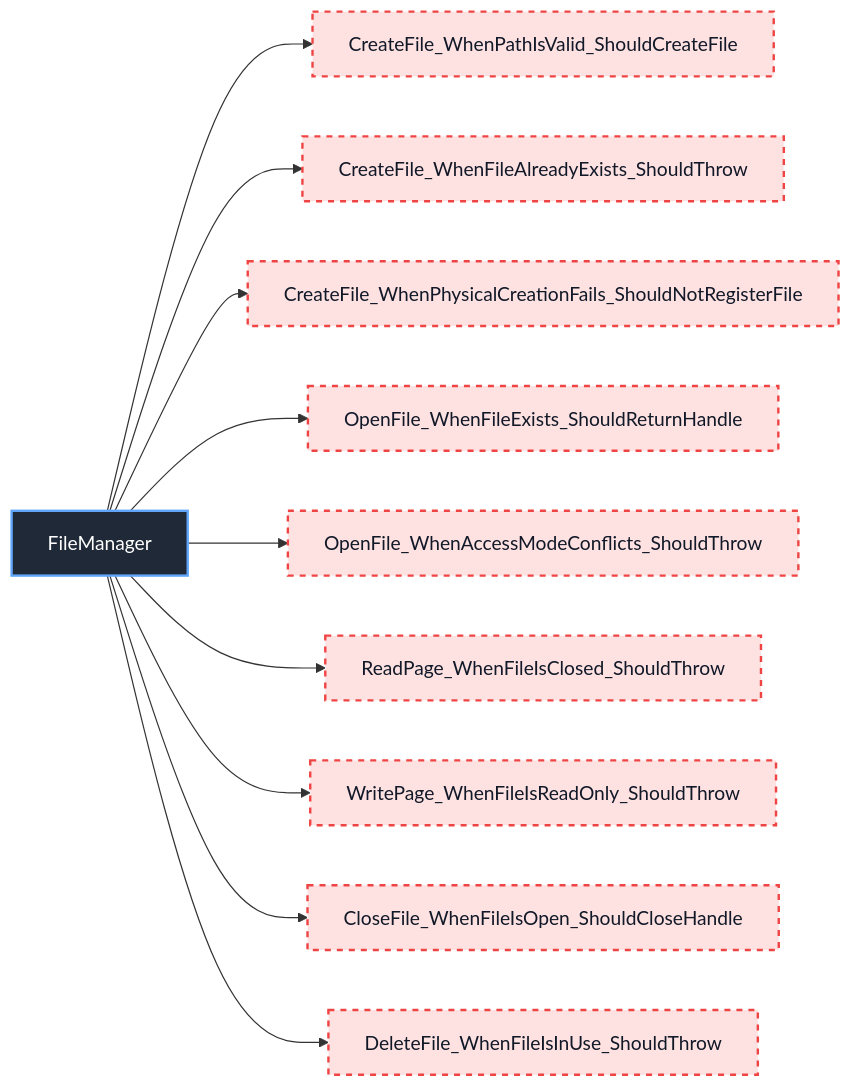
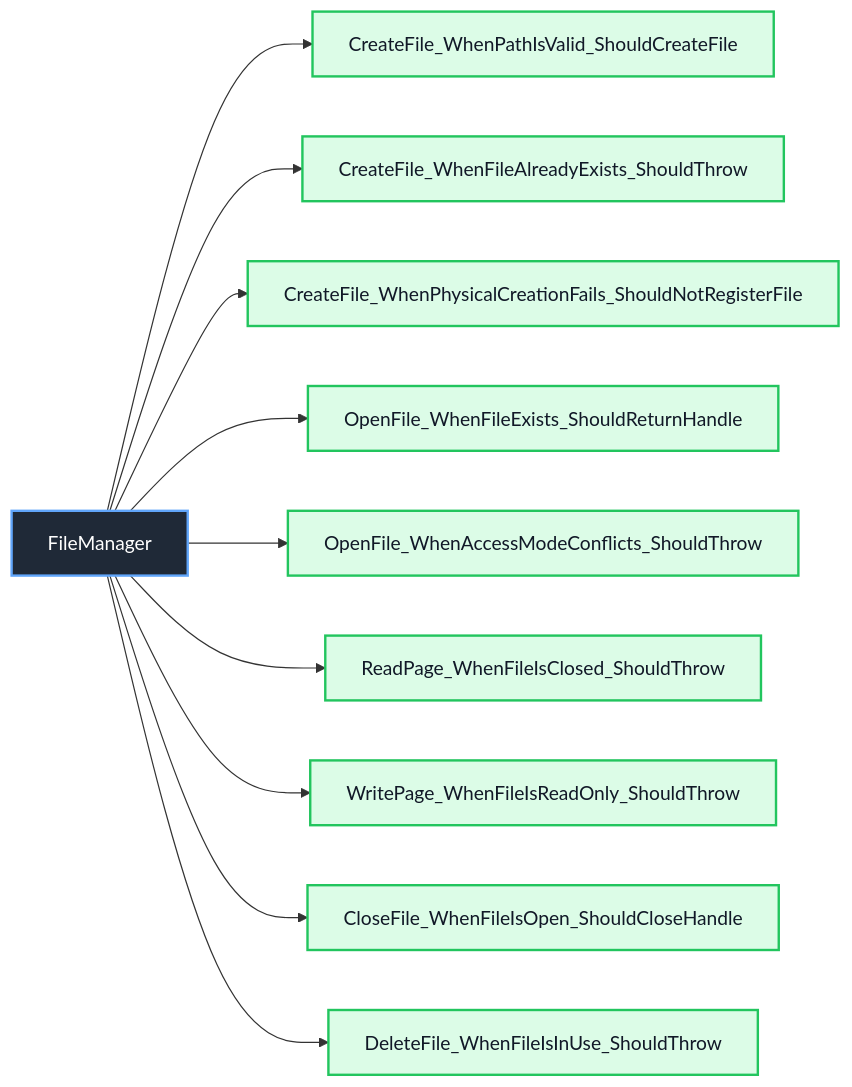
Before and after one commit to manaxpow/DBMS: diagram 21 of 31 in docs/unit-test/README.md, drawn with Mermaid. The commit also changed other lines of this file and 10 other files, not shown here.

````diff
--- a/docs/unit-test/README.md
+++ b/docs/unit-test/README.md
@@ -474,21 +474,21 @@
 ```mermaid
 flowchart LR
     Class_FileManager["FileManager"]
 
     Class_FileManager --> FM_001["CreateFile_WhenPathIsValid_ShouldCreateFile"]
     Class_FileManager --> FM_002["CreateFile_WhenFileAlreadyExists_ShouldThrow"]
     Class_FileManager --> FM_003["CreateFile_WhenPhysicalCreationFails_ShouldNotRegisterFile"]
     Class_FileManager --> FM_004["OpenFile_WhenFileExists_ShouldReturnHandle"]
     Class_FileManager --> FM_005["OpenFile_WhenAccessModeConflicts_ShouldThrow"]
     Class_FileManager --> FM_006["ReadPage_WhenFileIsClosed_ShouldThrow"]
     Class_FileManager --> FM_007["WritePage_WhenFileIsReadOnly_ShouldThrow"]
     Class_FileManager --> FM_008["CloseFile_WhenFileIsOpen_ShouldCloseHandle"]
     Class_FileManager --> FM_009["DeleteFile_WhenFileIsInUse_ShouldThrow"]
 
     classDef classNode fill:#1f2937,stroke:#60a5fa,color:#ffffff,stroke-width:2px
     classDef completedTest fill:#dcfce7,stroke:#22c55e,color:#111827,stroke-width:2px
     classDef missingTest fill:#fee2e2,stroke:#ef4444,color:#111827,stroke-width:2px,stroke-dasharray: 5 5
 
     class Class_FileManager classNode
-    class FM_001,FM_002,FM_003,FM_004,FM_005,FM_006,FM_007,FM_008,FM_009 missingTest
+    class FM_001,FM_002,FM_003,FM_004,FM_005,FM_006,FM_007,FM_008,FM_009 completedTest
 ```
````
